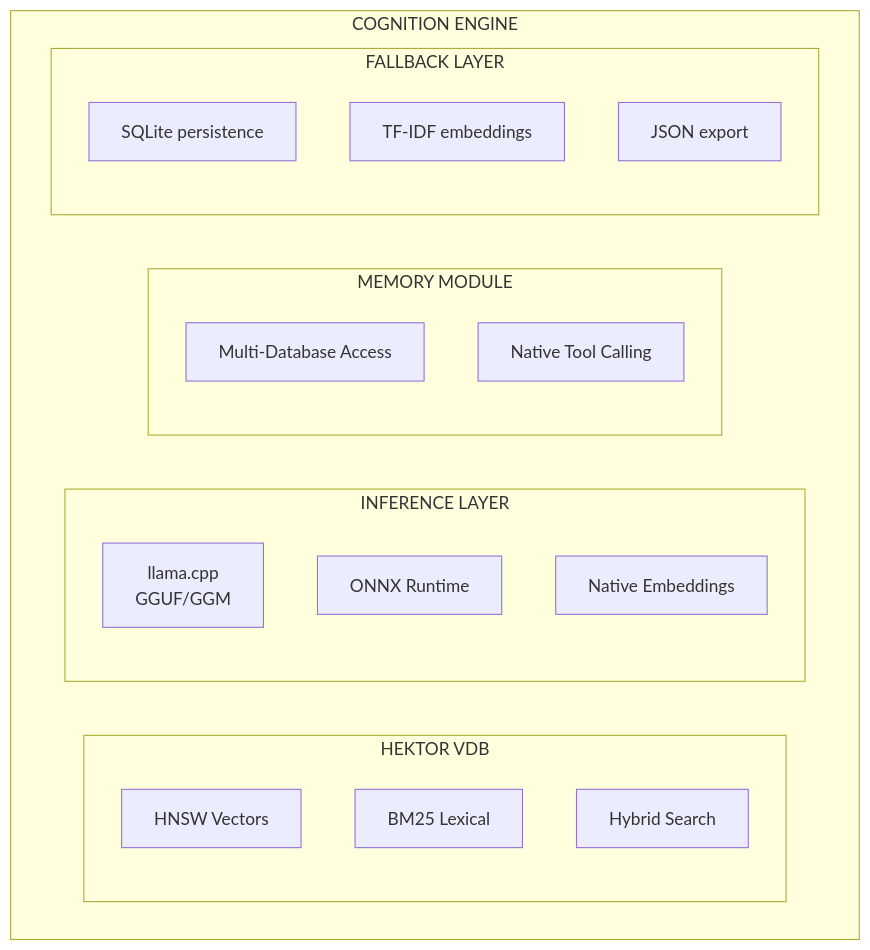
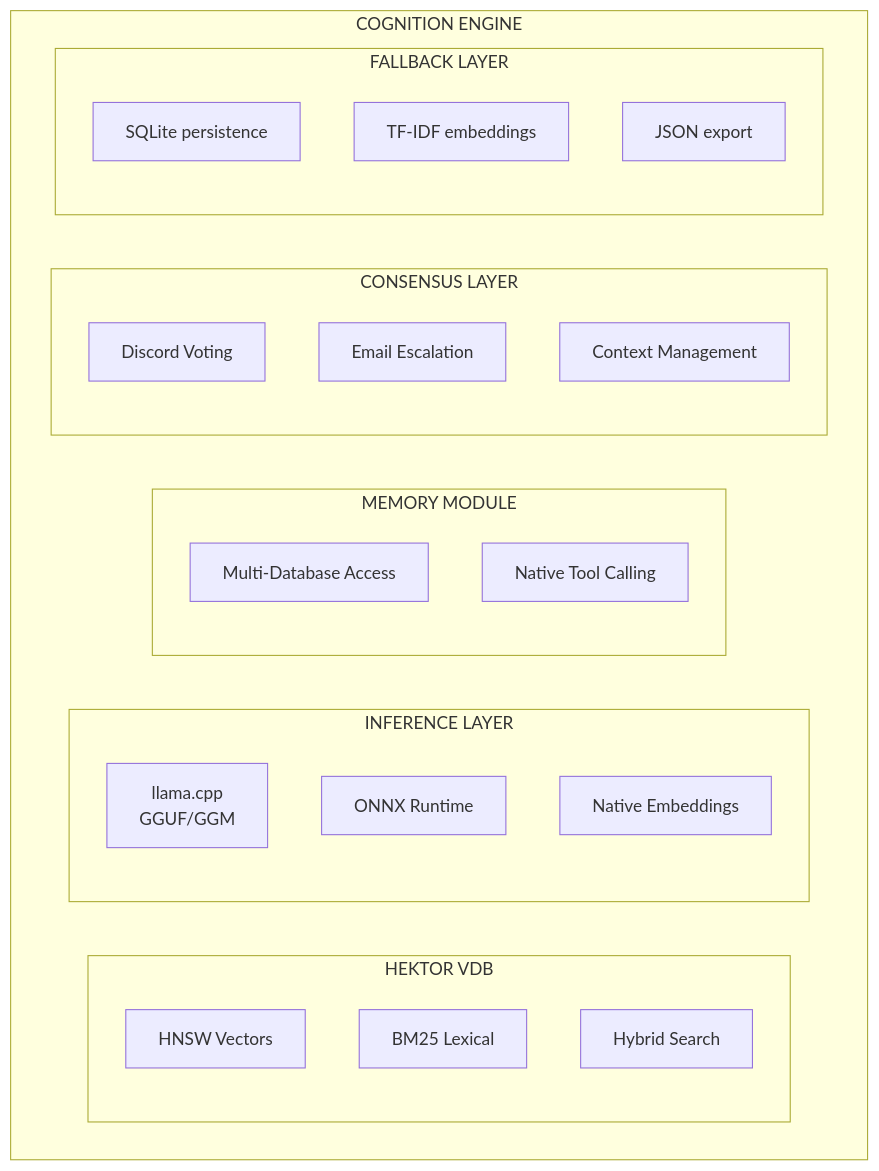
The third of 8 diagrams in ARCHITECTURE.md (Artifact-Virtual/GLADIUS), drawn with Mermaid before and after one commit. The commit also changed other lines of this file and 9 other files, not shown here.

First line of the commit message:
feat(cognition): add Consensus System + Context Manager

````diff
--- a/ARCHITECTURE.md
+++ b/ARCHITECTURE.md
@@ -67,24 +76,29 @@
 ```mermaid
 flowchart TD
        subgraph COGNITION_ENGINE [COGNITION ENGINE]
               subgraph HEKTOR_VDB [HEKTOR VDB]
                      HNSW[HNSW Vectors]
                      BM25[BM25 Lexical]
                      Hybrid[Hybrid Search]
               end
               subgraph INFERENCE_LAYER [INFERENCE LAYER]
                      Llama[llama.cpp<br/>GGUF/GGM]
                      ONNX[ONNX Runtime]
                      NativeEmb[Native Embeddings]
               end
               subgraph MEMORY_MODULE [MEMORY MODULE]
                      MultiDB[Multi-Database Access]
                      ToolCalling[Native Tool Calling]
               end
+              subgraph CONSENSUS_LAYER [CONSENSUS LAYER]
+                     DiscordVote[Discord Voting]
+                     EmailEscalate[Email Escalation]
+                     ContextManage[Context Management]
+              end
               subgraph FALLBACK_LAYER [FALLBACK LAYER]
                      SQLite[SQLite persistence]
                      TFIDF[TF-IDF embeddings]
                      JSON[JSON export]
               end
        end
 ```
````
